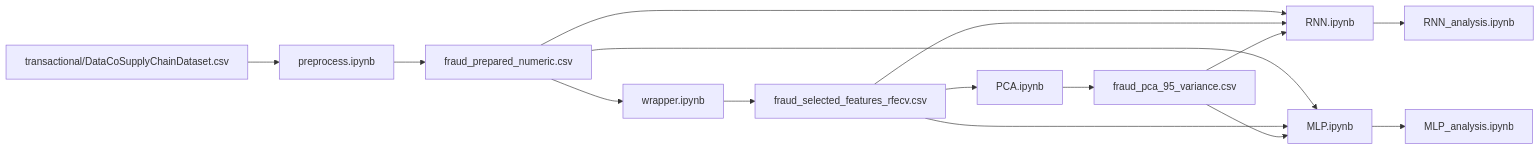
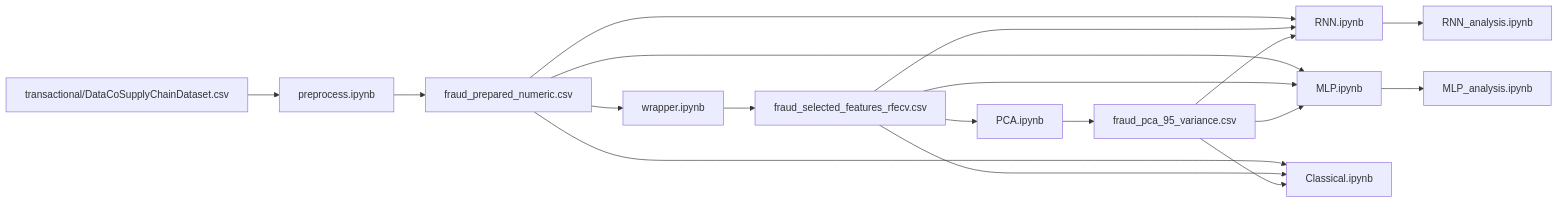
Before and after one commit to raichiiiiiii/Machine-Learning: the diagram in README.md, drawn with Mermaid. The commit also changed other lines of this file and 38 other files, not shown here.

````diff
--- a/README.md
+++ b/README.md
@@ -44,20 +45,24 @@
 ```mermaid
 flowchart LR
     A[transactional/DataCoSupplyChainDataset.csv] --> B[preprocess.ipynb]
     B --> C[fraud_prepared_numeric.csv]
     C --> D[wrapper.ipynb]
     D --> E[fraud_selected_features_rfecv.csv]
     E --> F[PCA.ipynb]
     F --> G[fraud_pca_95_variance.csv]
 
     C --> H[RNN.ipynb]
     E --> H
     G --> H
 
     C --> I[MLP.ipynb]
     E --> I
     G --> I
 
+    C --> L[Classical.ipynb]
+    E --> L
+    G --> L
+
     H --> J[RNN_analysis.ipynb]
     I --> K[MLP_analysis.ipynb]
 ```
````
